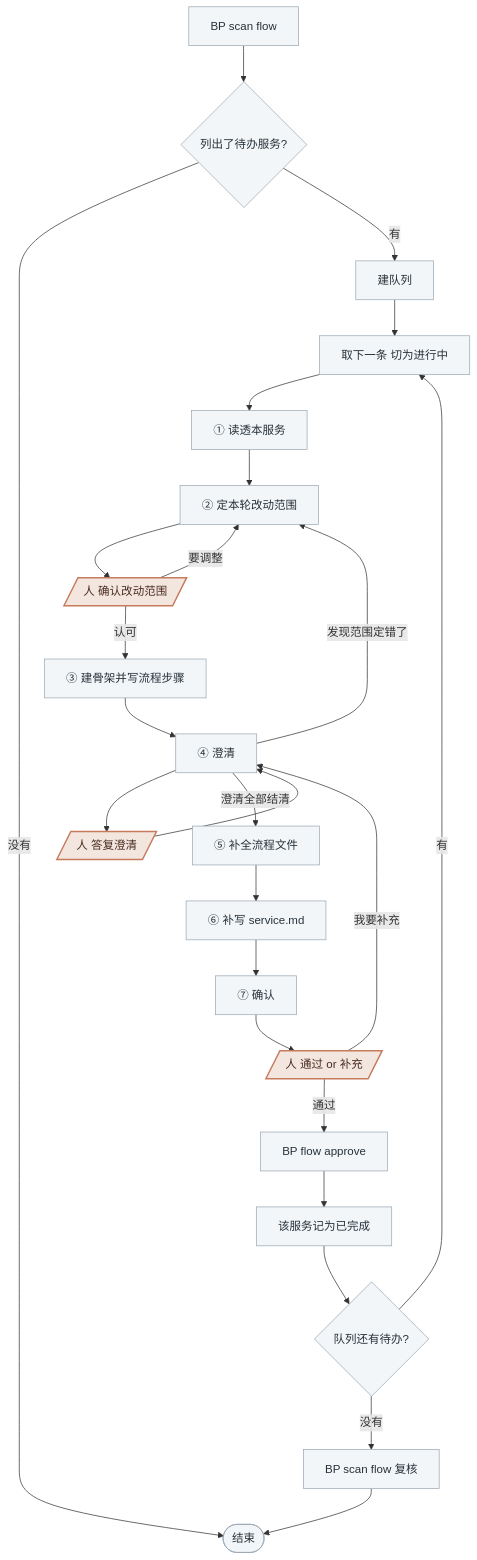
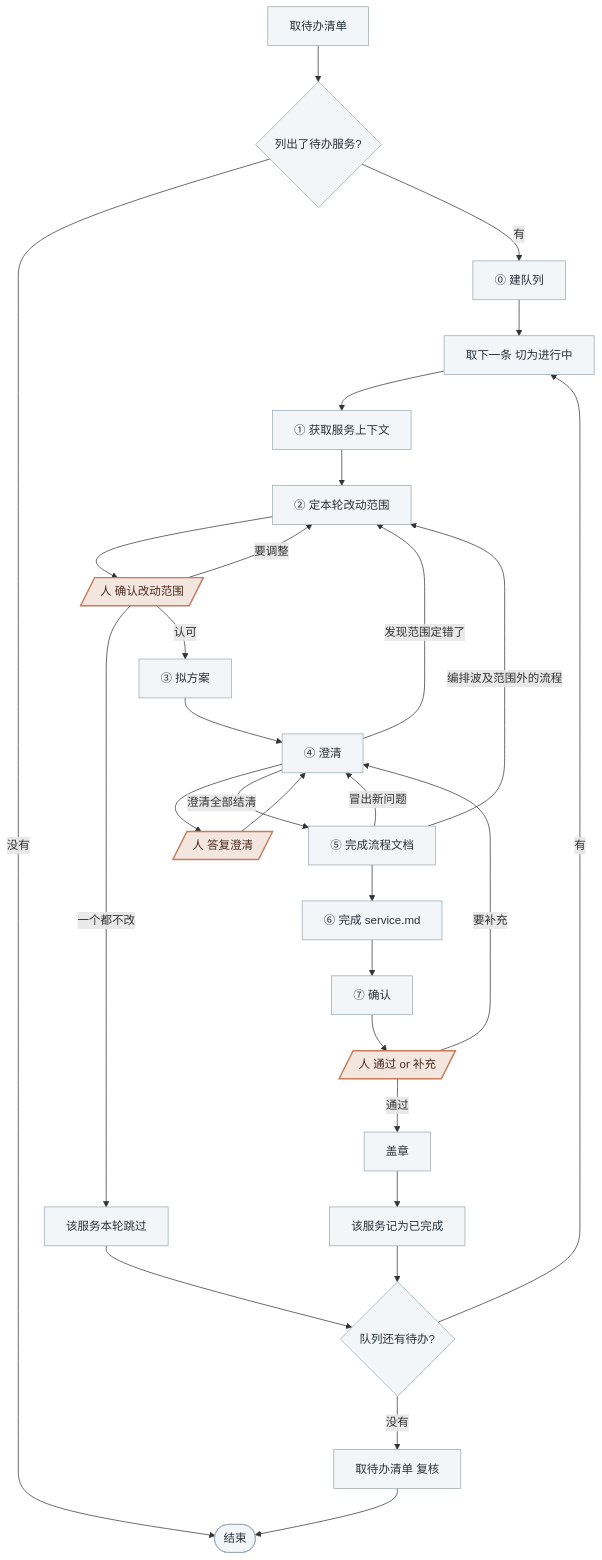
Before and after one commit to chxt100016/blueprint: the diagram in skills/blueprint/assets/skills/flow.md, drawn with Mermaid. The commit also changed other lines of this file and 45 other files, not shown here.

````diff
--- a/skills/blueprint/assets/skills/flow.md
+++ b/skills/blueprint/assets/skills/flow.md
@@ -40,30 +52,34 @@
 ```mermaid
 flowchart TD
-    S1[BP scan flow] --> S2{列出了待办服务?}
+    S1[取待办清单] --> S2{列出了待办服务?}
     S2 -->|没有| ZZ([结束])
-    S2 -->|有| S3[建队列]
+    S2 -->|有| S3[⓪ 建队列]
     S3 --> S4[取下一条 切为进行中]
-    S4 --> B[① 读透本服务]
+    S4 --> B[① 获取服务上下文]
     B --> C[② 定本轮改动范围]
     C --> H1[/人 确认改动范围/]
     H1 -->|要调整| C
-    H1 -->|认可| D[③ 建骨架并写流程步骤]
+    H1 -->|一个都不改| SK[该服务本轮跳过]
+    H1 -->|认可| D[③ 拟方案]
     D --> E[④ 澄清]
     E --> H2[/人 答复澄清/]
     H2 --> E
     E -->|发现范围定错了| C
-    E -->|澄清全部结清| F[⑤ 补全流程文件]
-    F --> G[⑥ 补写 service.md]
+    E -->|澄清全部结清| F[⑤ 完成流程文档]
+    F -->|编排波及范围外的流程| C
+    F -->|冒出新问题| E
+    F --> G[⑥ 完成 service.md]
     G --> I[⑦ 确认]
     I --> H3[/人 通过 or 补充/]
-    H3 -->|我要补充| E
-    H3 -->|通过| K[BP flow approve]
+    H3 -->|要补充| E
+    H3 -->|通过| K[盖章]
     K --> S5[该服务记为已完成]
     S5 --> S6{队列还有待办?}
+    SK --> S6
     S6 -->|有| S4
-    S6 -->|没有| V[BP scan flow 复核] --> ZZ
+    S6 -->|没有| V[取待办清单 复核] --> ZZ
 
     classDef default fill:#f3f6f8,stroke:#9aa8b4,color:#27313a
     classDef human fill:#f3e6df,stroke:#c77a5c,color:#4a2c21,stroke-width:2px
     class H1,H2,H3 human
 ```
````
